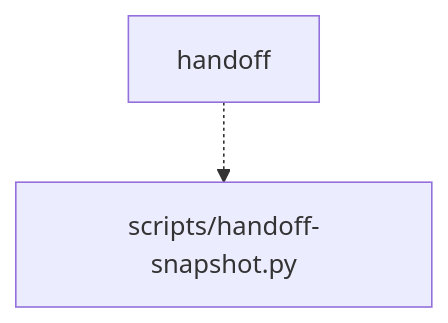
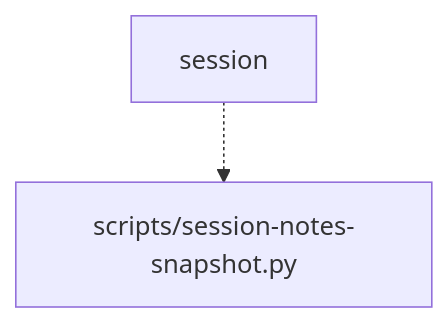
The sixth of 7 diagrams in skills/varde-knowledge/FLOW.md (alecegg/varde), drawn with Mermaid before and after one commit. The commit also changed other lines of this file and 1293 other files, not shown here.

````diff
--- a/skills/varde-knowledge/FLOW.md
+++ b/skills/varde-knowledge/FLOW.md
@@ -85,6 +83,6 @@
 ```mermaid
 flowchart TD
-  n0["scripts/handoff-snapshot.py"]
-  n1["handoff"]
+  n0["scripts/session-notes-snapshot.py"]
+  n1["session"]
   n1 -.-> n0
 ```
````
